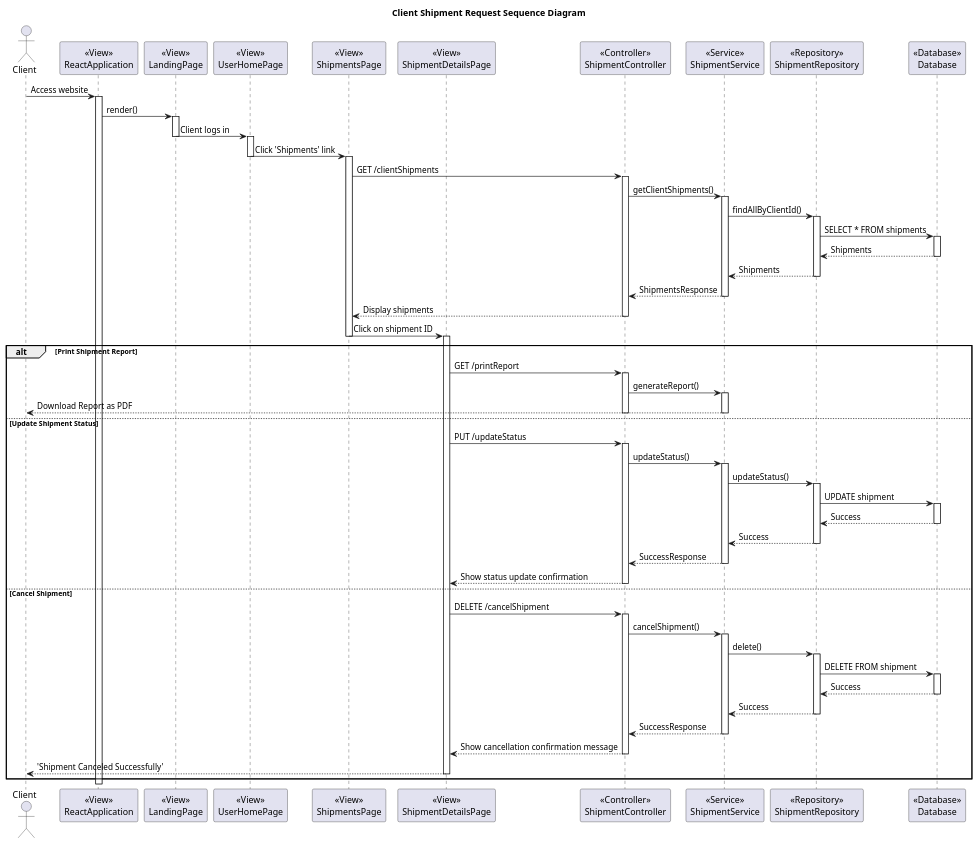
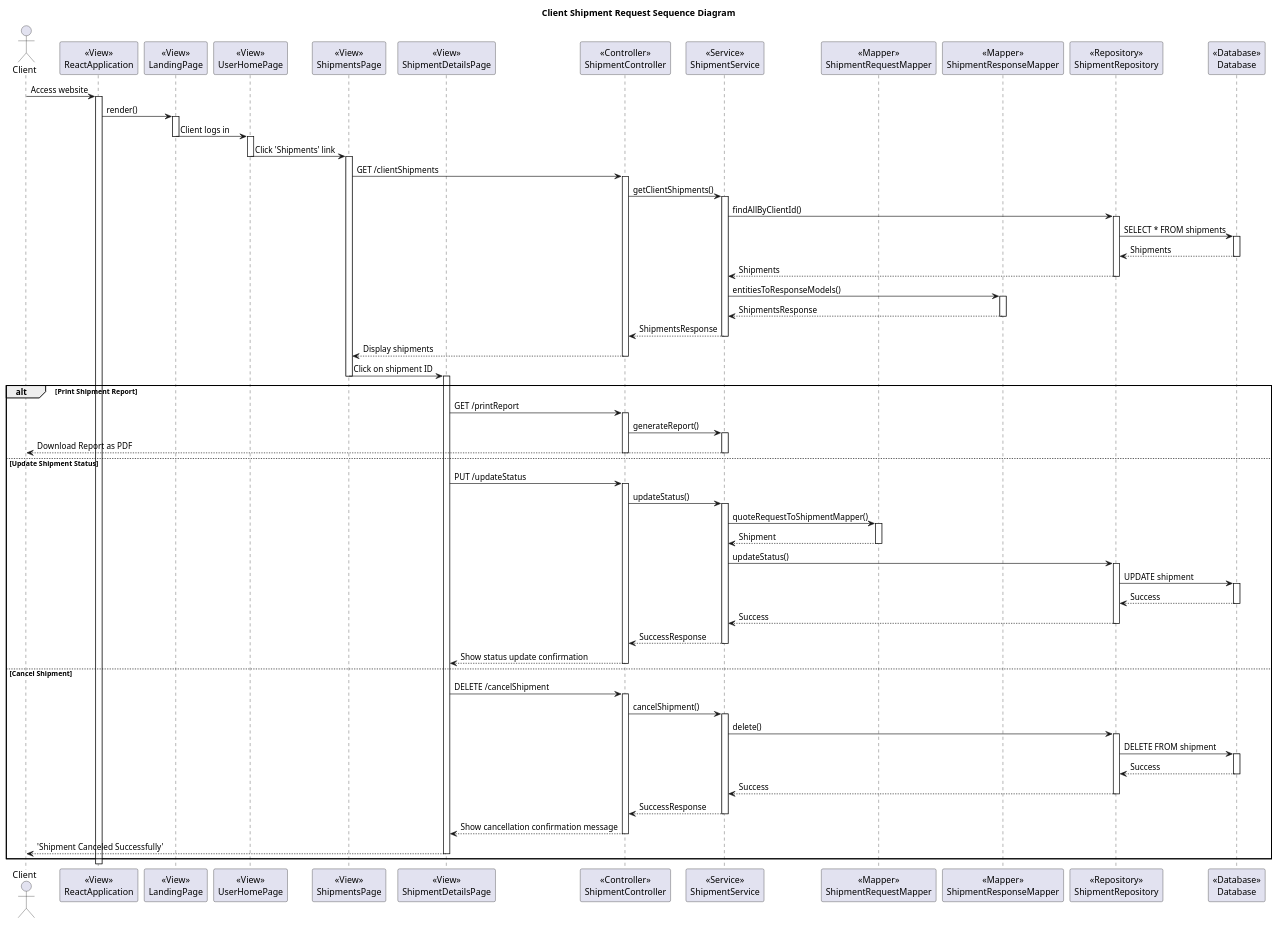
One commit to nic5694/MovingExpress changed the diagram in Diagrams/Sprints/Sprint_2/Design_lvl_SSD_Client.puml. Above: the diagram before and after it, drawn with PlantUML.

Commit message:
Shipment SSD done

```diff
--- a/Diagrams/Sprints/Sprint_2/Design_lvl_SSD_Client.puml
+++ b/Diagrams/Sprints/Sprint_2/Design_lvl_SSD_Client.puml
@@ -1,103 +1,114 @@
 @startuml
 title Client Shipment Request Sequence Diagram
 
 actor Client
 
 participant ReactApplication as "<<View>>\nReactApplication"
 participant LandingPage as "<<View>>\nLandingPage"
 participant UserHomePage as "<<View>>\nUserHomePage"
 participant ShipmentsPage as "<<View>>\nShipmentsPage"
 participant ShipmentDetailsPage as "<<View>>\nShipmentDetailsPage"
 participant ShipmentController as "<<Controller>>\nShipmentController"
 participant ShipmentService as "<<Service>>\nShipmentService"
+participant ShipmentRequestMapper as "<<Mapper>>\nShipmentRequestMapper"
+participant ShipmentResponseMapper as "<<Mapper>>\nShipmentResponseMapper"
 participant ShipmentRepository as "<<Repository>>\nShipmentRepository"
 participant Database as "<<Database>>\nDatabase"
 
 Client -> ReactApplication : Access website
 activate ReactApplication
 
 ReactApplication -> LandingPage : render()
 activate LandingPage
 
 LandingPage -> UserHomePage : Client logs in
 deactivate LandingPage
 activate UserHomePage
 
 UserHomePage -> ShipmentsPage : Click 'Shipments' link
 deactivate UserHomePage
 activate ShipmentsPage
 
 ShipmentsPage -> ShipmentController : GET /clientShipments
 activate ShipmentController
 
 ShipmentController -> ShipmentService : getClientShipments()
 activate ShipmentService
 
 ShipmentService -> ShipmentRepository : findAllByClientId()
 activate ShipmentRepository
 
 ShipmentRepository -> Database : SELECT * FROM shipments
 activate Database
 Database --> ShipmentRepository : Shipments
 deactivate Database
 
 ShipmentRepository --> ShipmentService : Shipments
 deactivate ShipmentRepository
 
+ShipmentService -> ShipmentResponseMapper : entitiesToResponseModels()
+activate ShipmentResponseMapper
+ShipmentResponseMapper --> ShipmentService : ShipmentsResponse
+deactivate ShipmentResponseMapper
+
 ShipmentService --> ShipmentController : ShipmentsResponse
 deactivate ShipmentService
 
 ShipmentController --> ShipmentsPage : Display shipments
 deactivate ShipmentController
 
 ShipmentsPage -> ShipmentDetailsPage : Click on shipment ID
 deactivate ShipmentsPage
 activate ShipmentDetailsPage
 
 alt Print Shipment Report
     ShipmentDetailsPage -> ShipmentController : GET /printReport
     activate ShipmentController
     ShipmentController -> ShipmentService : generateReport()
     activate ShipmentService
     ShipmentService --> Client : Download Report as PDF
     deactivate ShipmentService
     deactivate ShipmentController
 else Update Shipment Status
     ShipmentDetailsPage -> ShipmentController : PUT /updateStatus
     activate ShipmentController
     ShipmentController -> ShipmentService : updateStatus()
     activate ShipmentService
+    ShipmentService -> ShipmentRequestMapper : quoteRequestToShipmentMapper()
+    activate ShipmentRequestMapper
+    ShipmentRequestMapper --> ShipmentService : Shipment
+    deactivate ShipmentRequestMapper
     ShipmentService -> ShipmentRepository : updateStatus()
     activate ShipmentRepository
     ShipmentRepository -> Database : UPDATE shipment
     activate Database
     Database --> ShipmentRepository : Success
     deactivate Database
     ShipmentRepository --> ShipmentService : Success
     deactivate ShipmentRepository
     ShipmentService --> ShipmentController : SuccessResponse
     deactivate ShipmentService
     ShipmentController --> ShipmentDetailsPage : Show status update confirmation
     deactivate ShipmentController
 else Cancel Shipment
     ShipmentDetailsPage -> ShipmentController : DELETE /cancelShipment
     activate ShipmentController
     ShipmentController -> ShipmentService : cancelShipment()
     activate ShipmentService
     ShipmentService -> ShipmentRepository : delete()
     activate ShipmentRepository
     ShipmentRepository -> Database : DELETE FROM shipment
     activate Database
     Database --> ShipmentRepository : Success
     deactivate Database
     ShipmentRepository --> ShipmentService : Success
     deactivate ShipmentRepository
     ShipmentService --> ShipmentController : SuccessResponse
     deactivate ShipmentService
     ShipmentController --> ShipmentDetailsPage : Show cancellation confirmation message
     deactivate ShipmentController
     ShipmentDetailsPage --> Client : 'Shipment Canceled Successfully'
     deactivate ShipmentDetailsPage
 end
 
 @enduml
```
